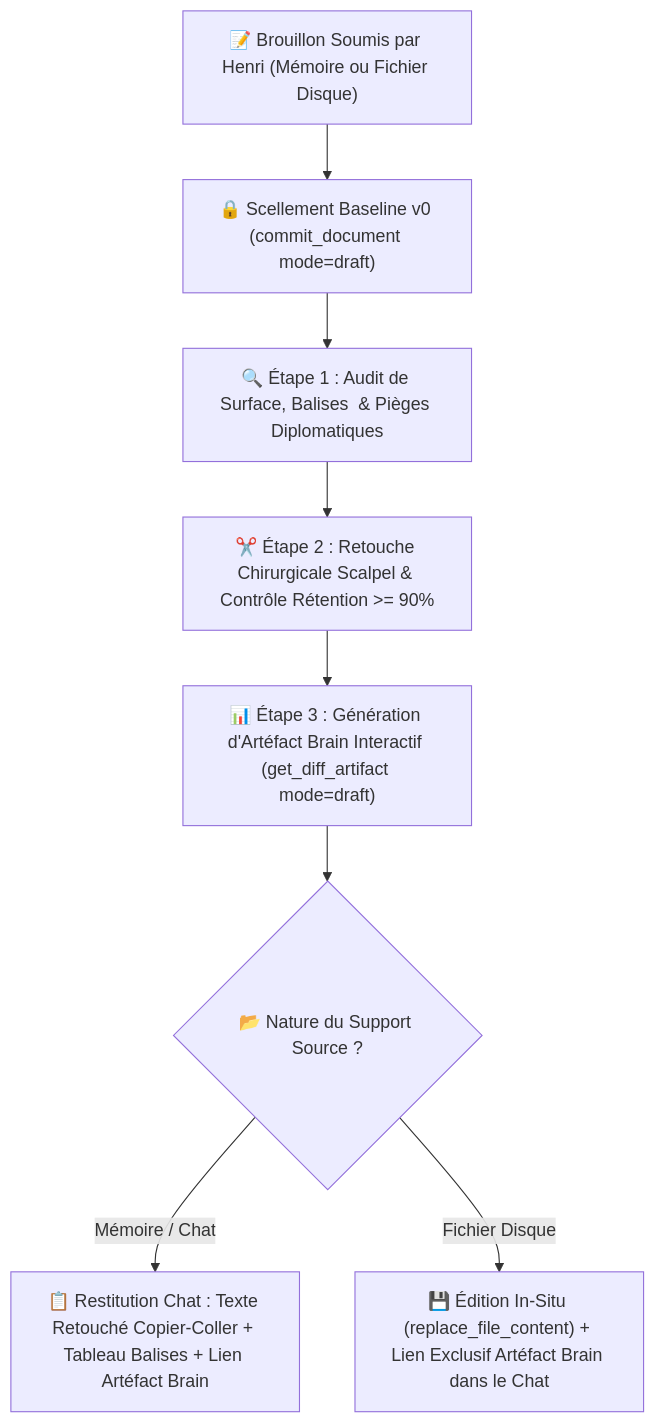
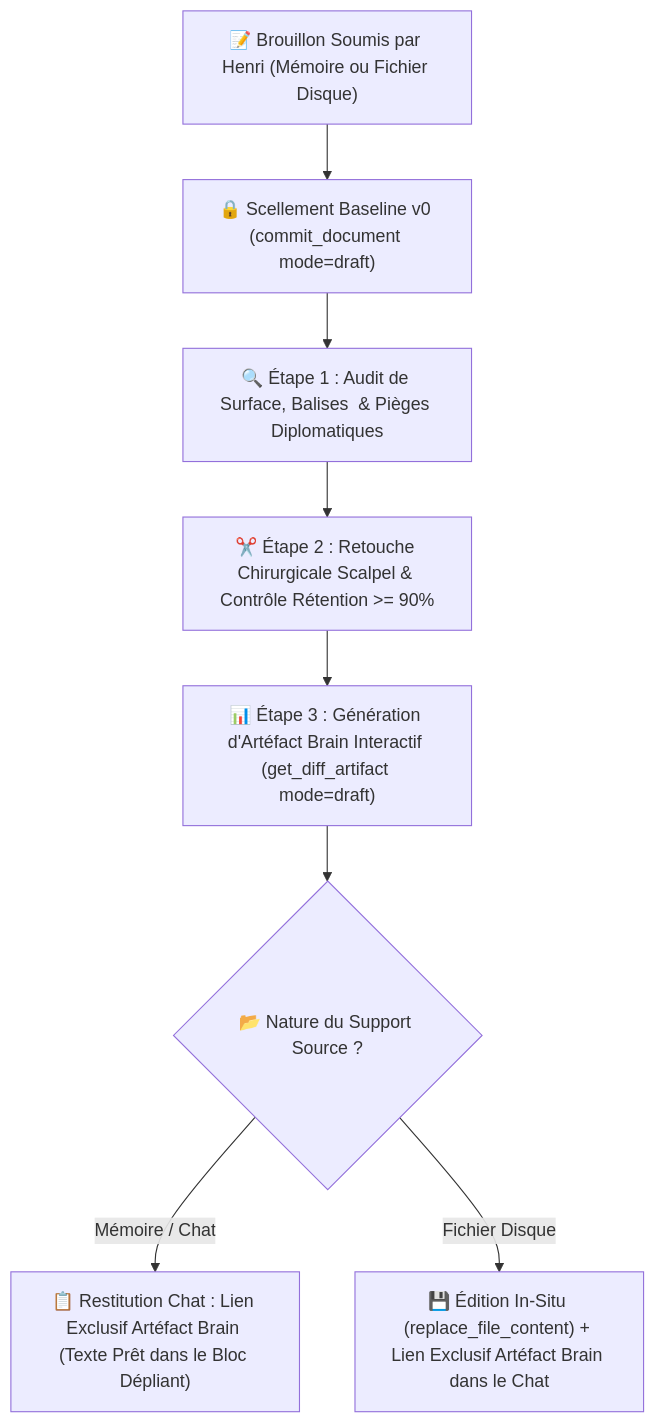
Before and after one commit to hjamet/cursor-memory-bank: the first of 2 diagrams in src/skills/draft/SKILL.md, drawn with Mermaid. The commit also changed other lines of this file and 1 other file, not shown here.

Commit message:
docs(rules): enforce artifact links on all task.md items and artifact-exclusive draft restitution

````diff
--- a/src/skills/draft/SKILL.md
+++ b/src/skills/draft/SKILL.md
@@ -9,10 +9,10 @@
 ```mermaid
 flowchart TD
     A["📝 Brouillon Soumis par Henri (Mémoire ou Fichier Disque)"] --> B["🔒 Scellement Baseline v0 (commit_document mode=draft)"]
     B --> C["🔍 Étape 1 : Audit de Surface, Balises <XXX> & Pièges Diplomatiques"]
     C --> D["✂️ Étape 2 : Retouche Chirurgicale Scalpel & Contrôle Rétention >= 90%"]
     D --> E["📊 Étape 3 : Génération d'Artéfact Brain Interactif (get_diff_artifact mode=draft)"]
     E --> F{"📂 Nature du Support Source ?"}
-    F -->|Mémoire / Chat| G["📋 Restitution Chat : Texte Retouché Copier-Coller + Tableau Balises + Lien Artéfact Brain"]
+    F -->|Mémoire / Chat| G["📋 Restitution Chat : Lien Exclusif Artéfact Brain (Texte Prêt dans le Bloc Dépliant)"]
     F -->|Fichier Disque| H["💾 Édition In-Situ (replace_file_content) + Lien Exclusif Artéfact Brain dans le Chat"]
 ```
````
